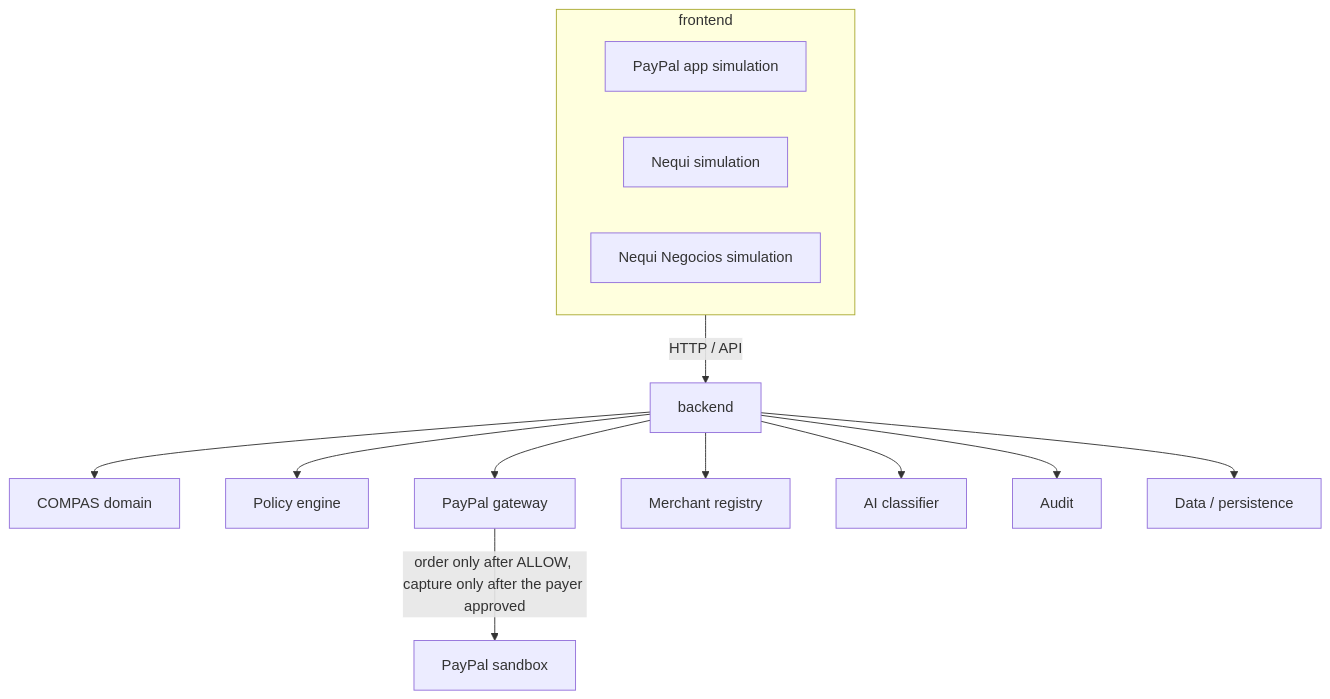
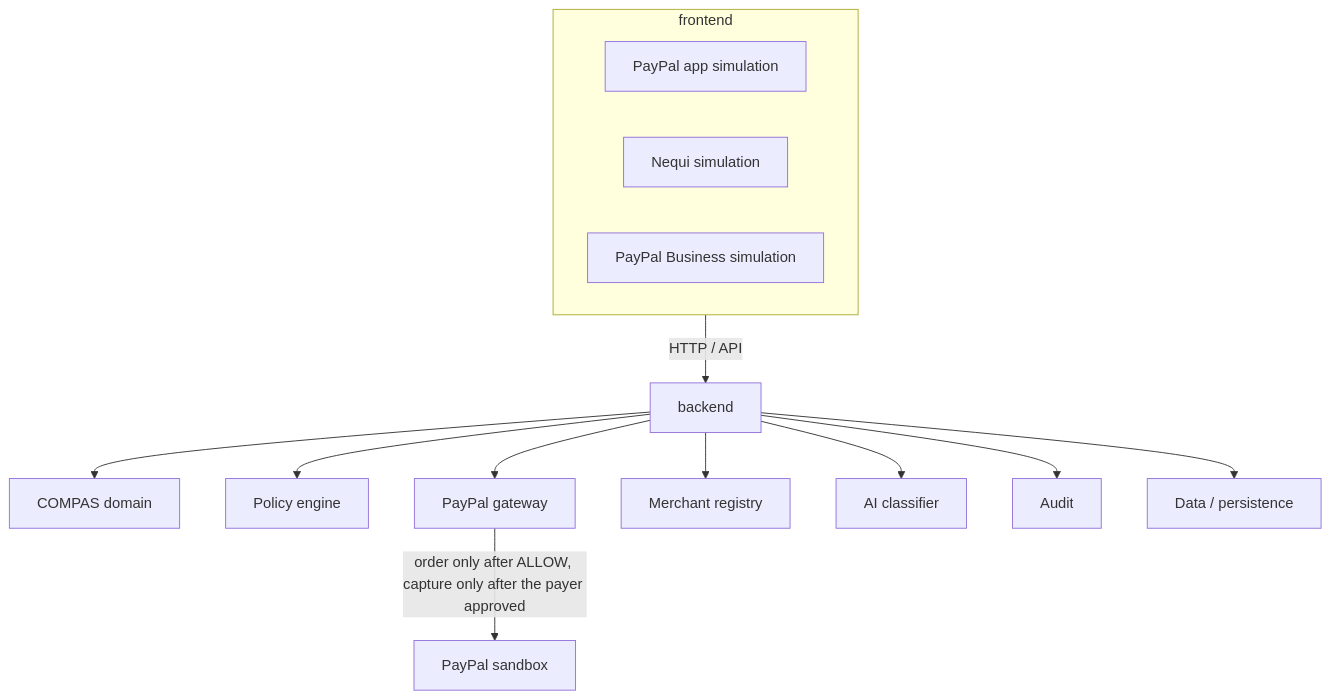
The first of 4 diagrams in docs/03-architecture.md (Juanqu261/compas-paypal), drawn with Mermaid before and after one commit. The commit also changed other lines of this file and 81 other files, not shown here.

````diff
--- a/docs/03-architecture.md
+++ b/docs/03-architecture.md
@@ -9,28 +9,28 @@
 ```mermaid
 flowchart TB
   subgraph frontendApp ["frontend"]
     paypalApp["PayPal app simulation"]
     nequi["Nequi simulation"]
-    business["Nequi Negocios simulation"]
+    business["PayPal Business simulation"]
   end
 
   backendApp["backend"]
   domain["COMPAS domain"]
   policy["Policy engine"]
   gateway["PayPal gateway"]
   registry["Merchant registry"]
   classifier["AI classifier"]
   audit["Audit"]
   dataStore["Data / persistence"]
   paypal["PayPal sandbox"]
 
   frontendApp -->|"HTTP / API"| backendApp
   backendApp --> domain
   backendApp --> policy
   backendApp --> gateway
   backendApp --> registry
   backendApp --> classifier
   backendApp --> audit
   backendApp --> dataStore
   gateway -->|"order only after ALLOW, capture only after the payer approved"| paypal
 ```
````
